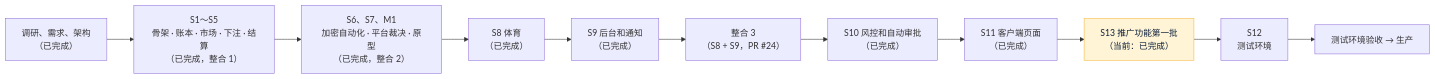
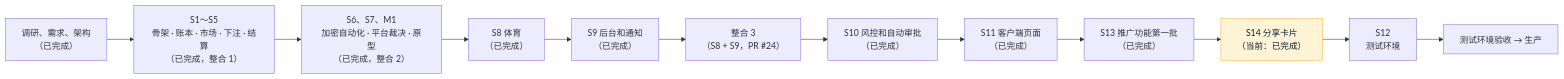
One commit to dollar3651314/forecast changed the diagram in 项目地图.md. Above: the diagram before and after it, drawn with Mermaid. The commit also changed other lines of this file and 60 other files, not shown here.

````diff
--- a/项目地图.md
+++ b/项目地图.md
@@ -11,5 +11,5 @@
 ```mermaid
 flowchart LR
-    R["调研、需求、架构<br/>（已完成）"] --> S1["S1～S5<br/>骨架 · 账本 · 市场 · 下注 · 结算<br/>（已完成，整合 1）"] --> S6["S6、S7、M1<br/>加密自动化 · 平台裁决 · 原型<br/>（已完成，整合 2）"] --> S8["S8 体育<br/>（已完成）"] --> S9["S9 后台和通知<br/>（已完成）"] --> INT["整合 3<br/>（S8 + S9，PR #24）"] --> S10["S10 风控和自动审批<br/>（已完成）"] --> S11["S11 客户端页面<br/>（已完成）"] --> S13["S13 推广功能第一批<br/>（当前：已完成）"]:::now --> S12["S12<br/>测试环境"] --> T["测试环境验收 → 生产"]
+    R["调研、需求、架构<br/>（已完成）"] --> S1["S1～S5<br/>骨架 · 账本 · 市场 · 下注 · 结算<br/>（已完成，整合 1）"] --> S6["S6、S7、M1<br/>加密自动化 · 平台裁决 · 原型<br/>（已完成，整合 2）"] --> S8["S8 体育<br/>（已完成）"] --> S9["S9 后台和通知<br/>（已完成）"] --> INT["整合 3<br/>（S8 + S9，PR #24）"] --> S10["S10 风控和自动审批<br/>（已完成）"] --> S11["S11 客户端页面<br/>（已完成）"] --> S13["S13 推广功能第一批<br/>（已完成）"] --> S14["S14 分享卡片<br/>（当前：已完成）"]:::now --> S12["S12<br/>测试环境"] --> T["测试环境验收 → 生产"]
     classDef now fill:#FFF4D6,stroke:#F5B83D,color:#0B1F3A
 ```
````
